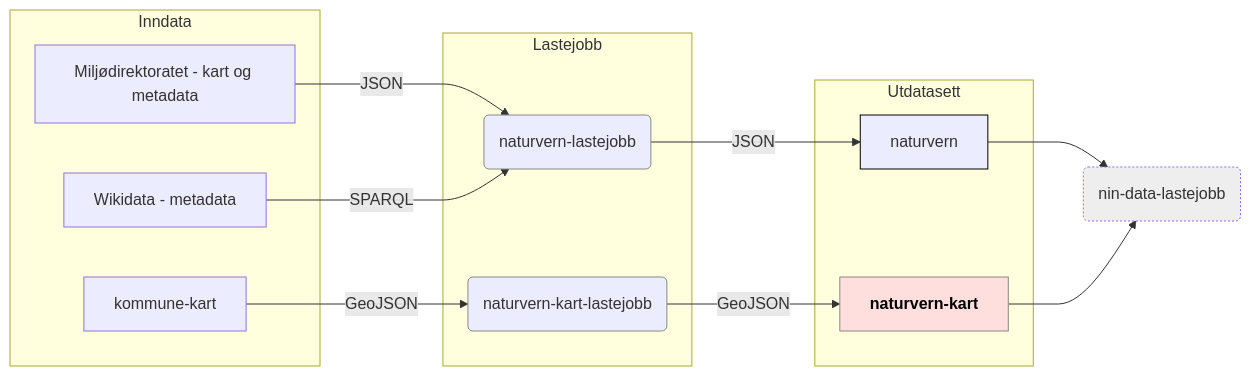
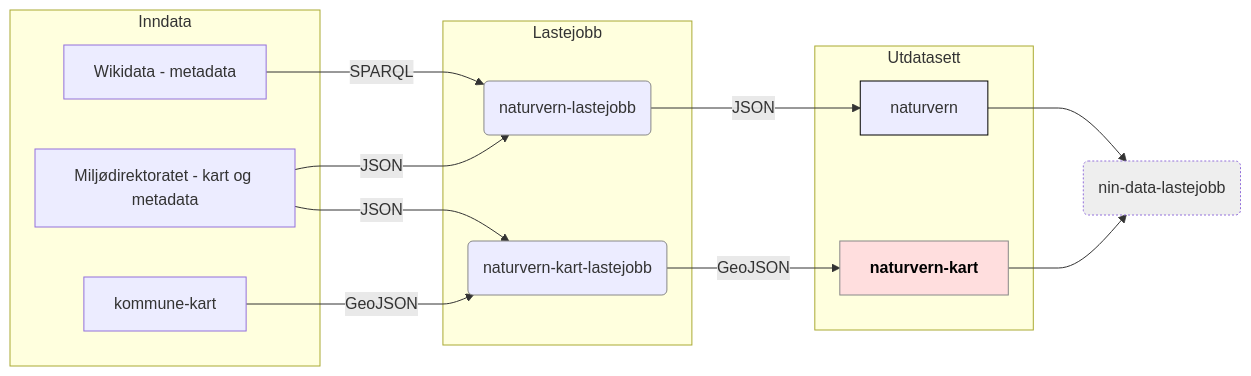
Before and after one commit to Artsdatabanken/naturvern-kart: the diagram in doc/flytdiagram.md, drawn with Mermaid. The commit also changed 1 other file, not shown here.

Commit message:
Kart fra Miljødirektoratet

````diff
--- a/doc/flytdiagram.md
+++ b/doc/flytdiagram.md
@@ -1,45 +1,46 @@
 ```mermaid
 
 graph LR;
   linkStyle default interpolate monotoneX
     subgraph Inndata
       kommune-kart[kommune-kart]
       wikidata[Wikidata - metadata]
       mdir[Miljødirektoratet - kart og metadata]
     end
     subgraph Lastejobb
       naturvern-kart-lastejobb(naturvern-kart-lastejobb)
       naturvern-lastejobb(naturvern-lastejobb)
     end
     subgraph Utdatasett
       naturvern-kart[naturvern-kart]
       naturvern[naturvern]
     end
+    wikidata-->|SPARQL|naturvern-lastejobb;
     mdir-->|JSON|naturvern-lastejobb;
-    wikidata-->|SPARQL|naturvern-lastejobb;
+    mdir-->|JSON|naturvern-kart-lastejobb;
     naturvern-kart-lastejobb-->|GeoJSON|naturvern-kart;
     naturvern-lastejobb-->|JSON|naturvern;
     kommune-kart-->|GeoJSON|naturvern-kart-lastejobb(naturvern-kart-lastejobb);
     naturvern-->nin-data-lastejobb(nin-data-lastejobb);
     naturvern-kart-->nin-data-lastejobb(nin-data-lastejobb);
     click naturvern-lastejobb "https://github.com/Artsdatabanken/naturvern-lastejobb" "_"
     click naturvern "https://github.com/Artsdatabanken/naturvern" "_"
     click naturvern-kart "https://github.com/Artsdatabanken/naturvern-kart" "_"
     click naturvern-kart-lastejobb "https://github.com/Artsdatabanken/naturvern-kart-lastejobb" "_"
     click kommune-kart "https://github.com/Artsdatabanken/kommune-kart" "_"
     click wikidata "https://www.wikidata.org/wiki/Q15284" "_"
     click mdir "https://www.mdir.no" "_"
 
 class naturvern-kart focus
 class kommune,wikidata,mdir data
 class naturvern,xnaturvern-kart, utdata
 class naturvern-lastejobb,naturvern-kart-lastejobb lastejobb
 class nin-data-lastejobb next
 classDef focusx stroke:#888,stroke-width:3px,font-weight:600;
 classDef focus color:#000,fill:#ffdede,stroke:#888,stroke-widthx:3px,font-weight:600;
 classDef data fillx:#ffd;
 classDef lastejobb fillx:#fff,stroke:#888;
 classDef utdata fillx:#ffa,stroke:#000;
 classDef next fill:#eee,stroke-dasharray: 2, 2;
 
 ```
````
